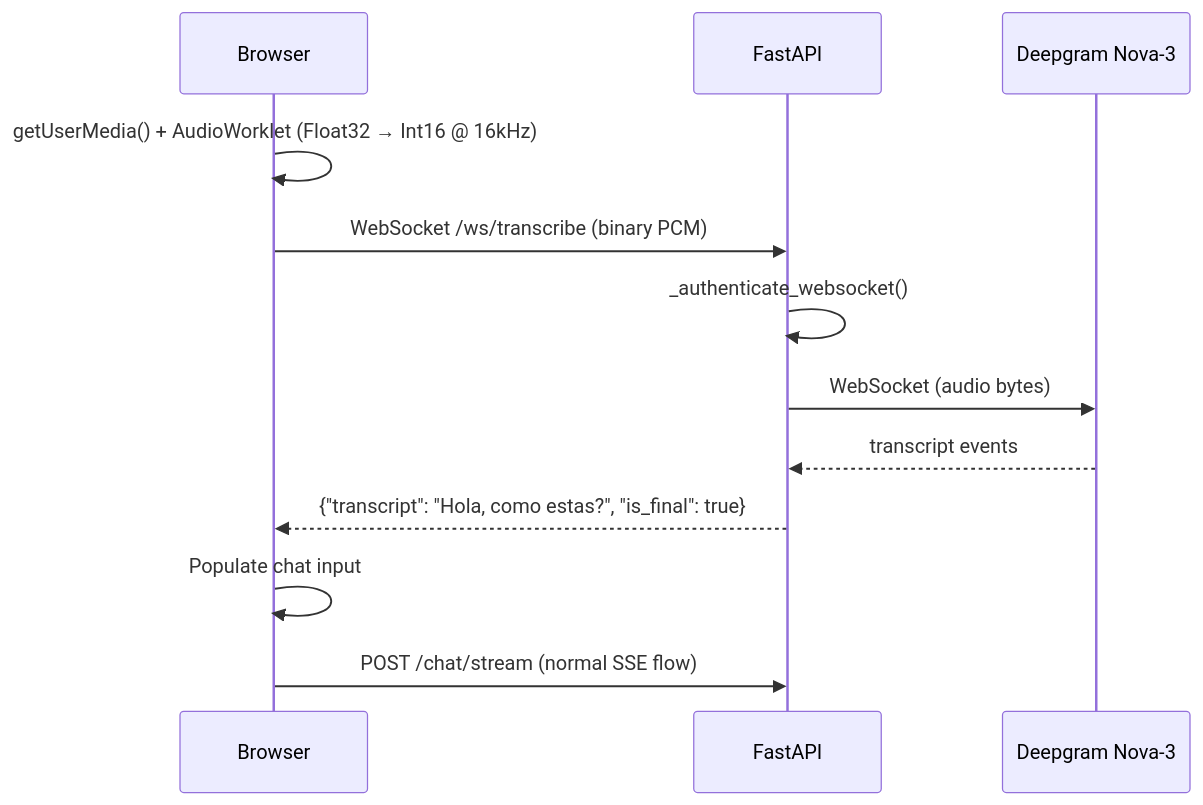
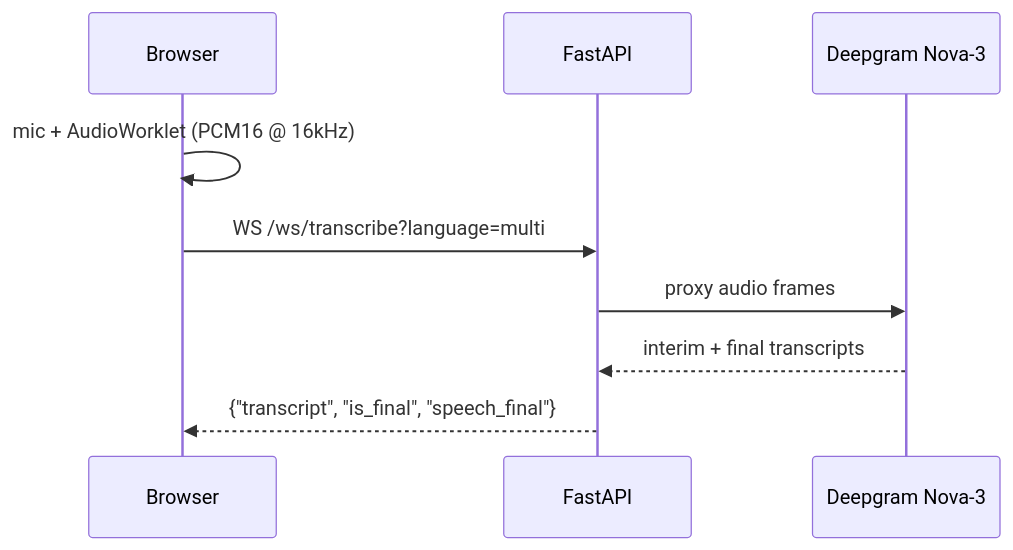
Before and after one commit to darth-dodo/habla-hermano: the seventh of 9 diagrams in docs/architecture.md, drawn with Mermaid. The commit also changed other lines of this file and 10 other files, not shown here.

````diff
--- a/docs/architecture.md
+++ b/docs/architecture.md
@@ -340,15 +166,11 @@
 ```mermaid
 sequenceDiagram
     participant B as Browser
     participant F as FastAPI
     participant D as Deepgram Nova-3
-
-    B->>B: getUserMedia() + AudioWorklet (Float32 → Int16 @ 16kHz)
-    B->>F: WebSocket /ws/transcribe (binary PCM)
-    F->>F: _authenticate_websocket()
-    F->>D: WebSocket (audio bytes)
-    D-->>F: transcript events
-    F-->>B: {"transcript": "Hola, como estas?", "is_final": true}
-    B->>B: Populate chat input
-    B->>F: POST /chat/stream (normal SSE flow)
+    B->>B: mic + AudioWorklet (PCM16 @ 16kHz)
+    B->>F: WS /ws/transcribe?language=multi
+    F->>D: proxy audio frames
+    D-->>F: interim + final transcripts
+    F-->>B: {"transcript", "is_final", "speech_final"}
 ```
````
